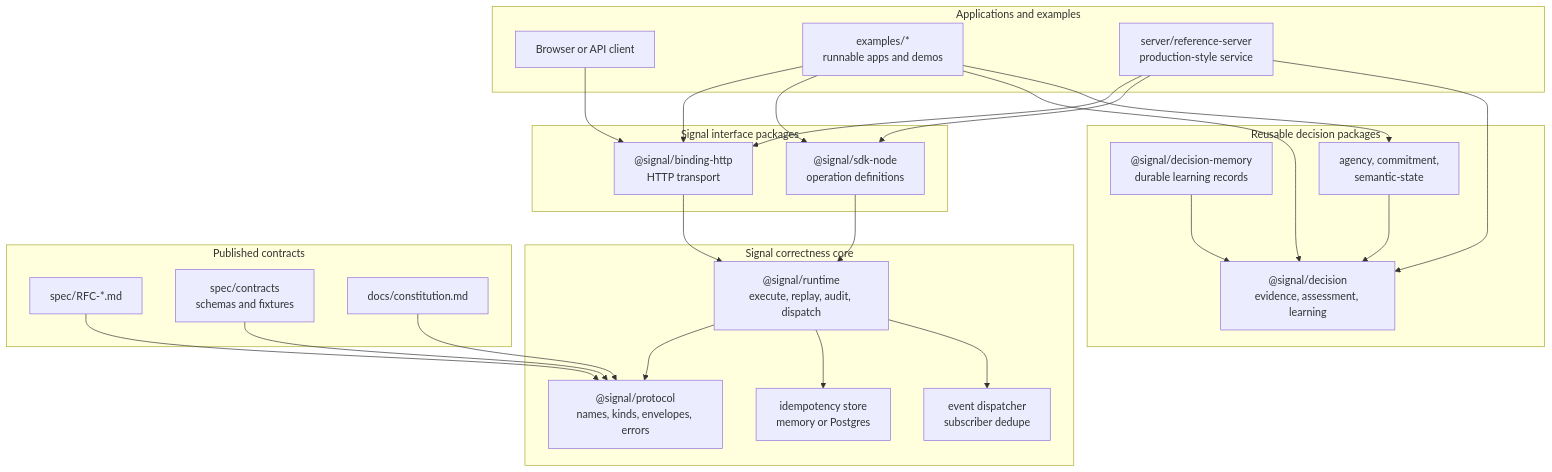
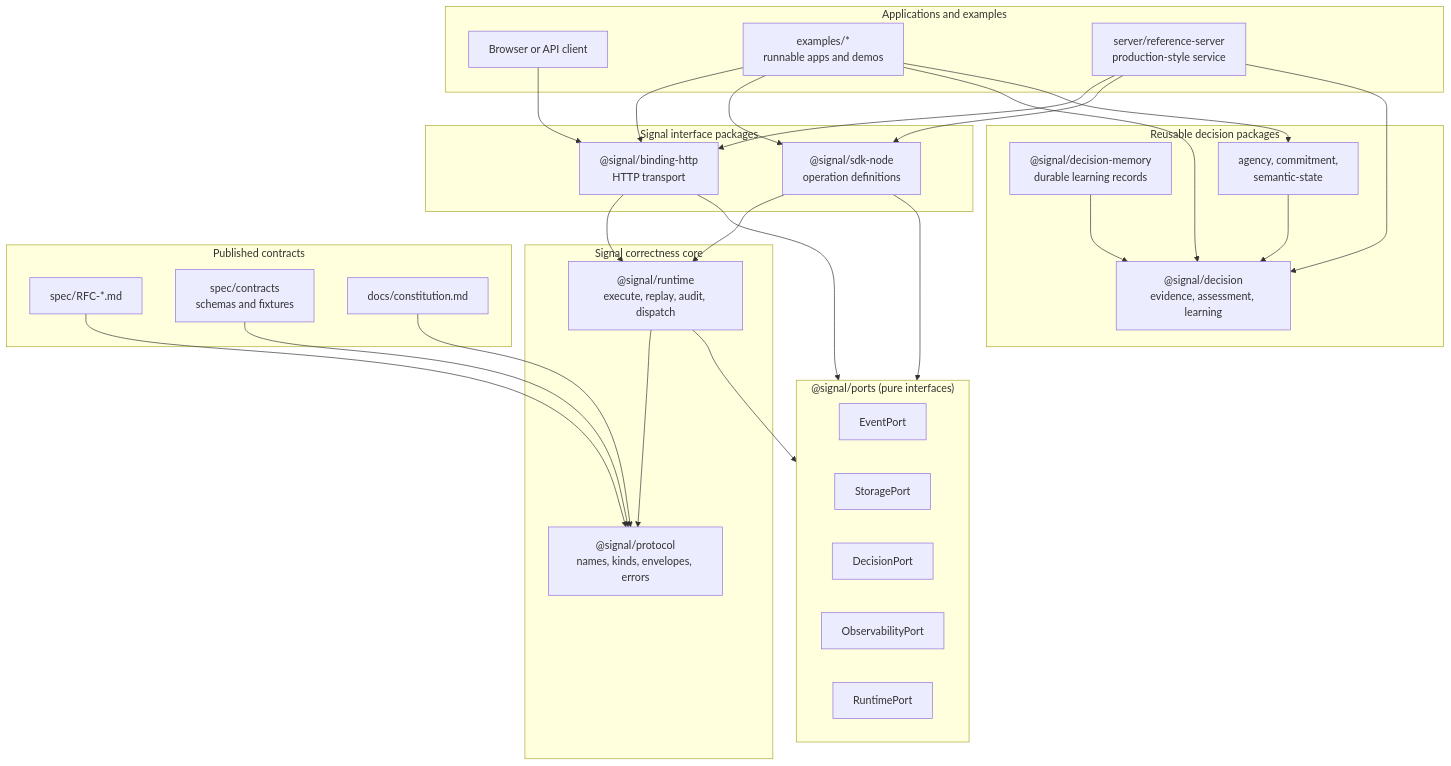
Before and after one commit to DiogoAngelim/signal: the diagram in docs/README.md, drawn with Mermaid. The commit also changed other lines of this file and 40 other files, not shown here.

````diff
--- a/docs/README.md
+++ b/docs/README.md
@@ -207,51 +208,58 @@
 ```mermaid
 flowchart TB
   subgraph Apps["Applications and examples"]
     Browser["Browser or API client"]
     ExampleApps["examples/*<br/>runnable apps and demos"]
     Backend["server/reference-server<br/>production-style service"]
   end
 
   subgraph Interface["Signal interface packages"]
     Http["@signal/binding-http<br/>HTTP transport"]
     Sdk["@signal/sdk-node<br/>operation definitions"]
   end
 
+  subgraph Ports["@signal/ports (pure interfaces)"]
+    EventPort["EventPort"]
+    StoragePort["StoragePort"]
+    DecisionPort["DecisionPort"]
+    ObservabilityPort["ObservabilityPort"]
+    RuntimePort["RuntimePort"]
+  end
+
   subgraph Core["Signal correctness core"]
     Runtime["@signal/runtime<br/>execute, replay, audit, dispatch"]
     Protocol["@signal/protocol<br/>names, kinds, envelopes, errors"]
-    Idempotency["idempotency store<br/>memory or Postgres"]
-    Events["event dispatcher<br/>subscriber dedupe"]
   end
 
   subgraph Domain["Reusable decision packages"]
     Decision["@signal/decision<br/>evidence, assessment, learning"]
     Memory["@signal/decision-memory<br/>durable learning records"]
     Support["agency, commitment,<br/>semantic-state"]
   end
 
   subgraph Contracts["Published contracts"]
     Rfcs["spec/RFC-*.md"]
     Schemas["spec/contracts<br/>schemas and fixtures"]
     Constitution["docs/constitution.md"]
   end
 
   Browser --> Http
   ExampleApps --> Http
   ExampleApps --> Sdk
   ExampleApps --> Decision
   ExampleApps --> Support
   Backend --> Http
   Backend --> Sdk
   Backend --> Decision
+  Http --> Ports
+  Sdk --> Ports
   Http --> Runtime
   Sdk --> Runtime
+  Runtime --> Ports
   Runtime --> Protocol
-  Runtime --> Idempotency
-  Runtime --> Events
   Schemas --> Protocol
   Rfcs --> Protocol
   Constitution --> Protocol
   Memory --> Decision
   Support --> Decision
 ```
````
